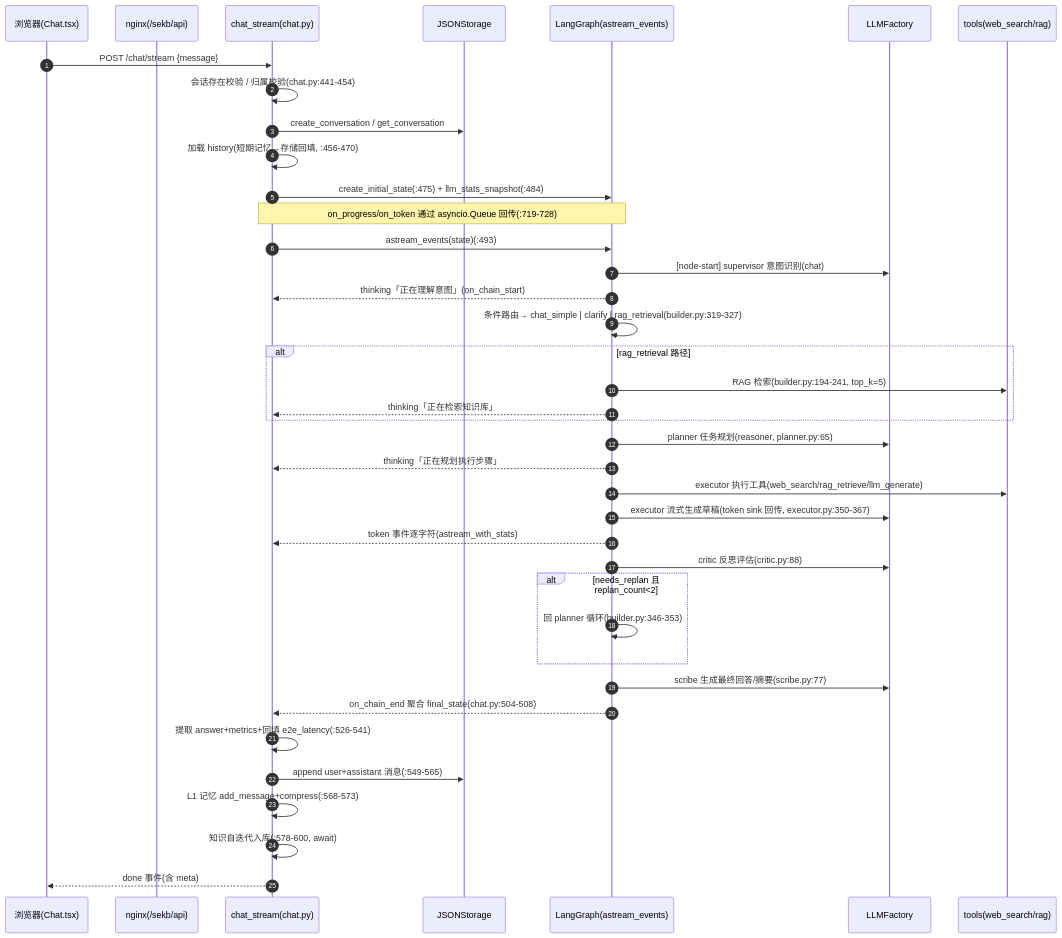
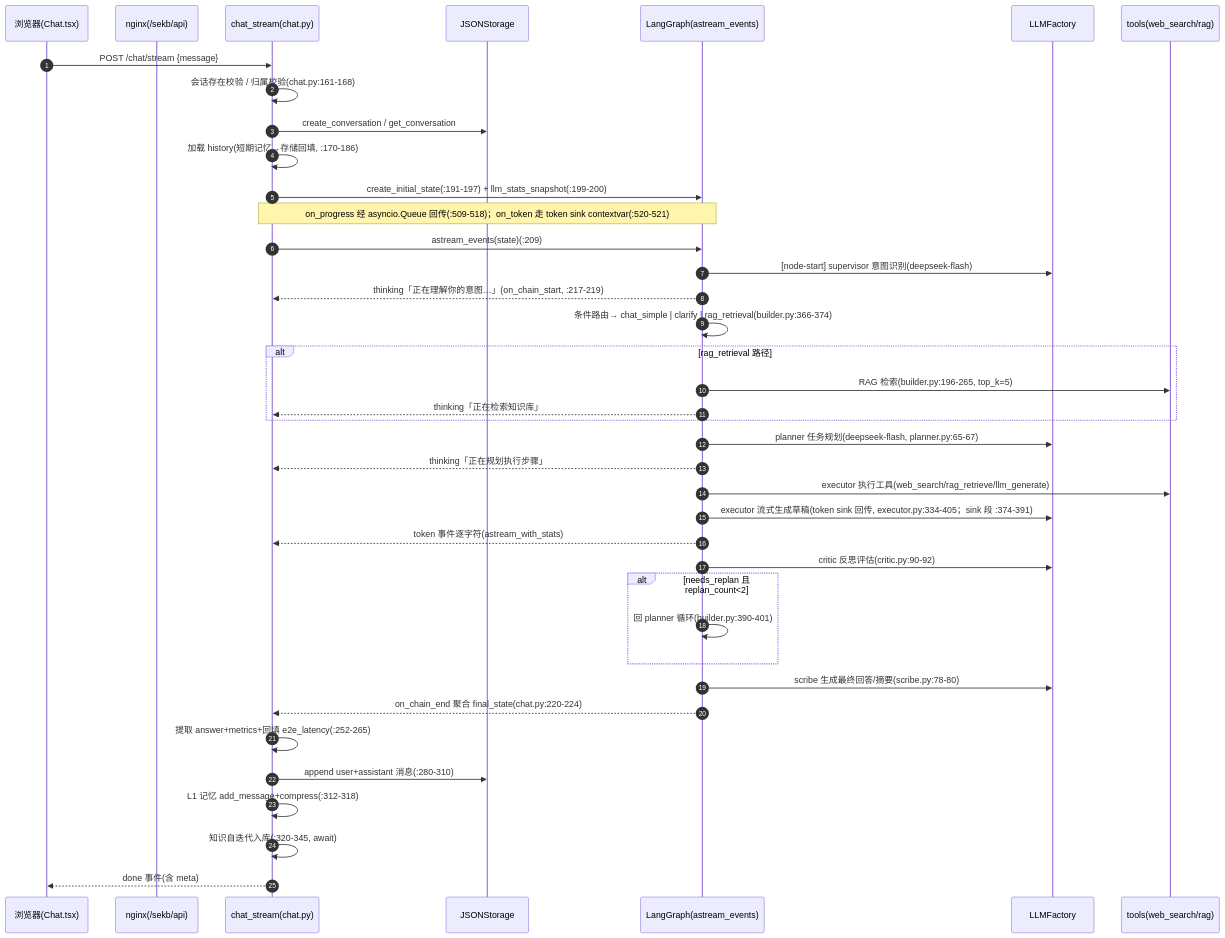
One commit to bozhang1214/SelfEvolvingKnowledgeBase changed the first of 6 diagrams in docs/tech/02-RUNTIME-FLOWS.md. Above: the diagram before and after it, drawn with Mermaid. The commit also changed other lines of this file and 28 other files, not shown here.

````diff
--- a/docs/tech/02-RUNTIME-FLOWS.md
+++ b/docs/tech/02-RUNTIME-FLOWS.md
@@ -22,42 +22,42 @@
 ```mermaid
 sequenceDiagram
     autonumber
     participant U as 浏览器(Chat.tsx)
     participant NG as nginx(/sekb/api)
     participant API as chat_stream(chat.py)
     participant ST as JSONStorage
     participant GR as LangGraph(astream_events)
     participant LF as LLMFactory
     participant TOOL as tools(web_search/rag)
 
     U->>API: POST /chat/stream {message}
-    API->>API: 会话存在校验 / 归属校验(chat.py:441-454)
+    API->>API: 会话存在校验 / 归属校验(chat.py:161-168)
     API->>ST: create_conversation / get_conversation
-    API->>API: 加载 history(短期记忆→存储回填, :456-470)
-    API->>GR: create_initial_state(:475) + llm_stats_snapshot(:484)
-    Note over API,GR: on_progress/on_token 通过 asyncio.Queue 回传(:719-728)
-    API->>GR: astream_events(state)(:493)
-    GR->>LF: [node-start] supervisor 意图识别(chat)
-    GR-->>API: thinking「正在理解意图」(on_chain_start)
-    GR->>GR: 条件路由→ chat_simple | clarify | rag_retrieval(builder.py:319-327)
+    API->>API: 加载 history(短期记忆→存储回填, :170-186)
+    API->>GR: create_initial_state(:191-197) + llm_stats_snapshot(:199-200)
+    Note over API,GR: on_progress 经 asyncio.Queue 回传(:509-518)；on_token 走 token sink contextvar(:520-521)
+    API->>GR: astream_events(state)(:209)
+    GR->>LF: [node-start] supervisor 意图识别(deepseek-flash)
+    GR-->>API: thinking「正在理解你的意图…」(on_chain_start, :217-219)
+    GR->>GR: 条件路由→ chat_simple | clarify | rag_retrieval(builder.py:366-374)
     alt rag_retrieval 路径
-      GR->>TOOL: RAG 检索(builder.py:194-241, top_k=5)
+      GR->>TOOL: RAG 检索(builder.py:196-265, top_k=5)
       GR-->>API: thinking「正在检索知识库」
     end
-    GR->>LF: planner 任务规划(reasoner, planner.py:65)
+    GR->>LF: planner 任务规划(deepseek-flash, planner.py:65-67)
     GR-->>API: thinking「正在规划执行步骤」
     GR->>TOOL: executor 执行工具(web_search/rag_retrieve/llm_generate)
-    GR->>LF: executor 流式生成草稿(token sink 回传, executor.py:350-367)
+    GR->>LF: executor 流式生成草稿(token sink 回传, executor.py:334-405；sink 段 :374-391)
     GR-->>API: token 事件逐字符(astream_with_stats)
-    GR->>LF: critic 反思评估(critic.py:88)
+    GR->>LF: critic 反思评估(critic.py:90-92)
     alt needs_replan 且 replan_count<2
-      GR->>GR: 回 planner 循环(builder.py:346-353)
+      GR->>GR: 回 planner 循环(builder.py:390-401)
     end
-    GR->>LF: scribe 生成最终回答/摘要(scribe.py:77)
-    GR-->>API: on_chain_end 聚合 final_state(chat.py:504-508)
-    API->>API: 提取 answer+metrics+回填 e2e_latency(:526-541)
-    API->>ST: append user+assistant 消息(:549-565)
-    API->>API: L1 记忆 add_message+compress(:568-573)
-    API->>API: 知识自迭代入库(:578-600, await)
+    GR->>LF: scribe 生成最终回答/摘要(scribe.py:78-80)
+    GR-->>API: on_chain_end 聚合 final_state(chat.py:220-224)
+    API->>API: 提取 answer+metrics+回填 e2e_latency(:252-265)
+    API->>ST: append user+assistant 消息(:280-310)
+    API->>API: L1 记忆 add_message+compress(:312-318)
+    API->>API: 知识自迭代入库(:320-345, await)
     API-->>U: done 事件(含 meta)
 ```
````
